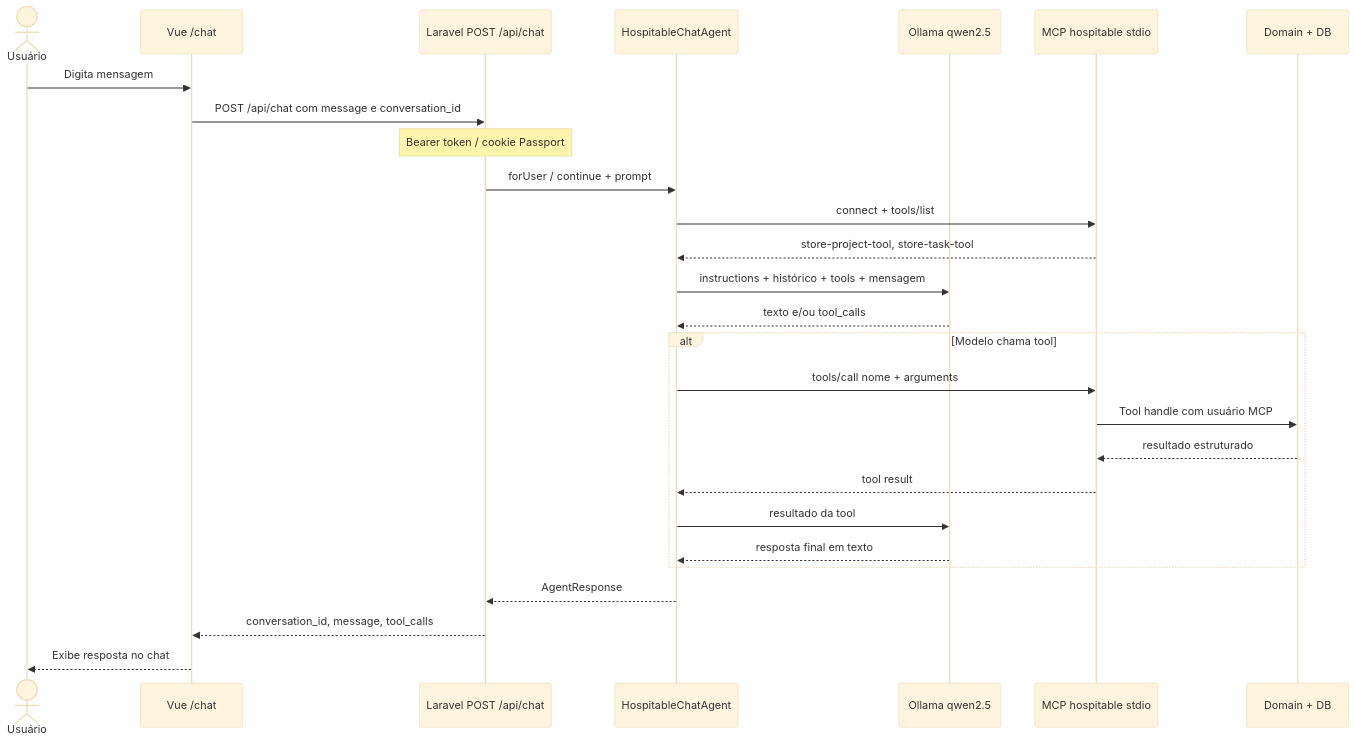
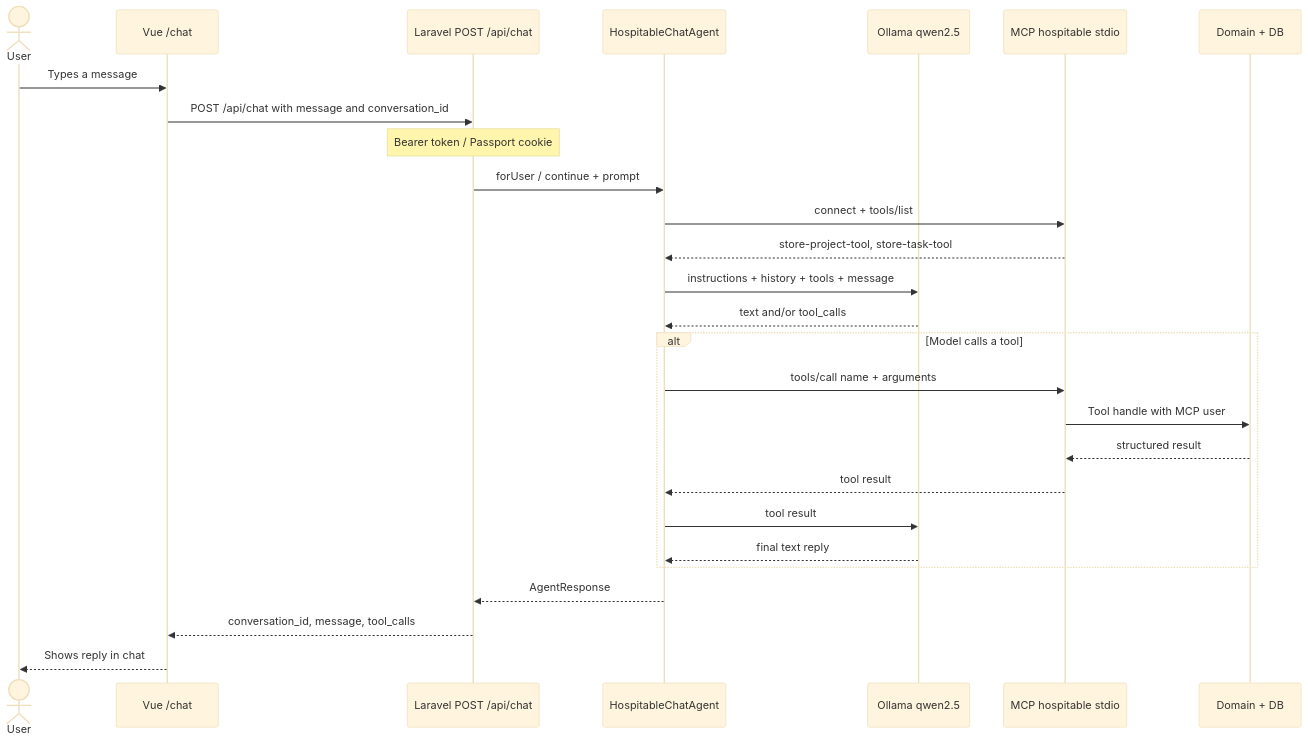
The second of 2 diagrams in README.md (wolneydev/boilerplate-vue), drawn with Mermaid (base theme) before and after one commit. The commit also changed other lines of this file and 1 other file, not shown here.

Commit message:
Docs: update README.md and docs/FLUXO-CHAT-MCP.md

````diff
--- a/README.md
+++ b/README.md
@@ -46,32 +41,32 @@
 ```mermaid
 sequenceDiagram
-    actor U as Usuário
+    actor U as User
     participant V as Vue /chat
     participant API as Laravel POST /api/chat
     participant Agent as HospitableChatAgent
     participant LLM as Ollama qwen2.5
     participant MCP as MCP hospitable stdio
     participant Dom as Domain + DB
 
-    U->>V: Digita mensagem
-    V->>API: POST /api/chat com message e conversation_id
-    Note over API: Bearer token / cookie Passport
+    U->>V: Types a message
+    V->>API: POST /api/chat with message and conversation_id
+    Note over API: Bearer token / Passport cookie
     API->>Agent: forUser / continue + prompt
     Agent->>MCP: connect + tools/list
     MCP-->>Agent: store-project-tool, store-task-tool
-    Agent->>LLM: instructions + histórico + tools + mensagem
-    LLM-->>Agent: texto e/ou tool_calls
+    Agent->>LLM: instructions + history + tools + message
+    LLM-->>Agent: text and/or tool_calls
 
-    alt Modelo chama tool
-        Agent->>MCP: tools/call nome + arguments
-        MCP->>Dom: Tool handle com usuário MCP
-        Dom-->>MCP: resultado estruturado
+    alt Model calls a tool
+        Agent->>MCP: tools/call name + arguments
+        MCP->>Dom: Tool handle with MCP user
+        Dom-->>MCP: structured result
         MCP-->>Agent: tool result
-        Agent->>LLM: resultado da tool
-        LLM-->>Agent: resposta final em texto
+        Agent->>LLM: tool result
+        LLM-->>Agent: final text reply
     end
 
     Agent-->>API: AgentResponse
     API-->>V: conversation_id, message, tool_calls
-    V-->>U: Exibe resposta no chat
+    V-->>U: Shows reply in chat
 ```
````
